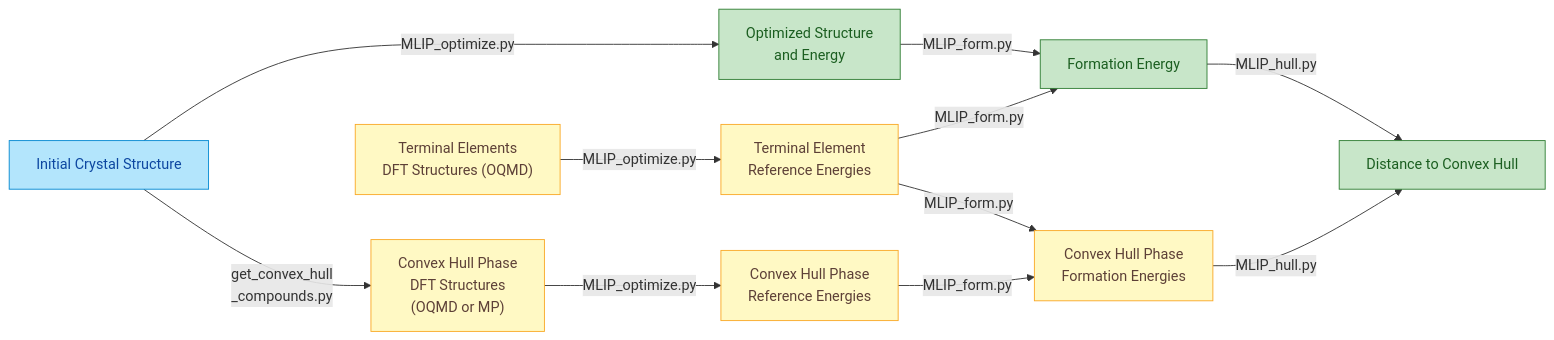
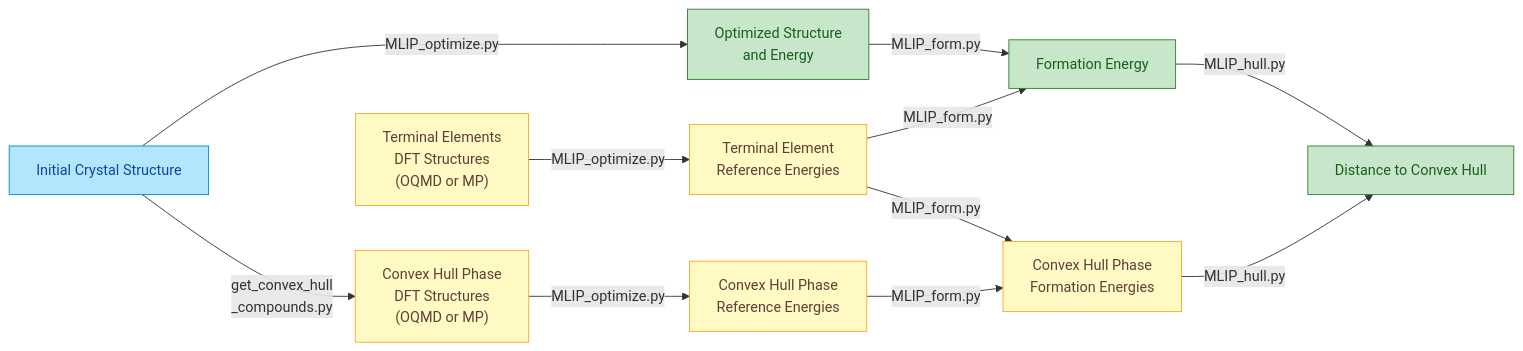
Before and after one commit to nims-spin-theory/MLIP_HOT: the diagram in README.md, drawn with Mermaid. The commit also changed other lines of this file and 7 other files, not shown here.

````diff
--- a/README.md
+++ b/README.md
@@ -73,40 +73,40 @@
 ```mermaid
 flowchart LR
   %% Inputs
   A[Initial Crystal Structure]
-  D["Terminal Elements<br>DFT Structures (OQMD)"]
+  D["Terminal Elements<br>DFT Structures<br>(OQMD or MP)"]
   E["Convex Hull Phase<br>DFT Structures<br>(OQMD or MP)"]
 
   %% Computed outputs
   B1["Optimized Structure<br>and Energy"]
   B2["Terminal Element<br>Reference Energies"]
   B3["Convex Hull Phase<br>Reference Energies"]
   C["Formation Energy"]
   F["Convex Hull Phase<br>Formation Energies"]
   J["Distance to Convex Hull "]
 
   %% Workflow connections
   A -- get_convex_hull<br>_compounds.py --> E
   A -- MLIP_optimize.py --> B1
   D -- MLIP_optimize.py --> B2
   E -- MLIP_optimize.py --> B3
 
   B1 -- MLIP_form.py --> C
   B2 -- MLIP_form.py --> C
 
   B2 -- MLIP_form.py --> F
   B3 -- MLIP_form.py --> F
 
   C -- MLIP_hull.py --> J
   F -- MLIP_hull.py --> J
 
   %% Node styles
   classDef input fill:#b3e5fc,stroke:#0288d1,color:#0d47a1,stroke-width:1px;
   classDef data fill:#fff9c4,stroke:#f9a825,color:#5d4037,stroke-width:1px;
   classDef output fill:#c8e6c9,stroke:#2e7d32,color:#1b5e20,stroke-width:1px;
 
   class A input
   class D,E,B2,B3,F data
   class B1,C,J output
 
 ```
````
